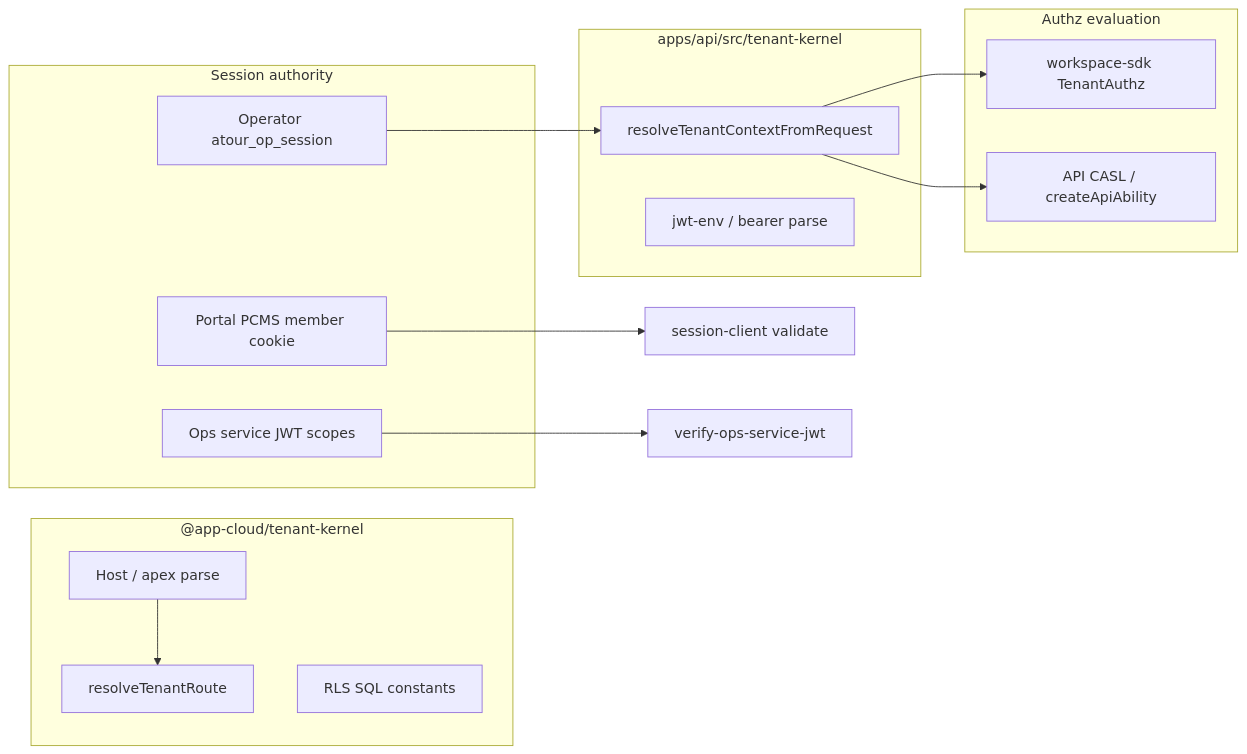
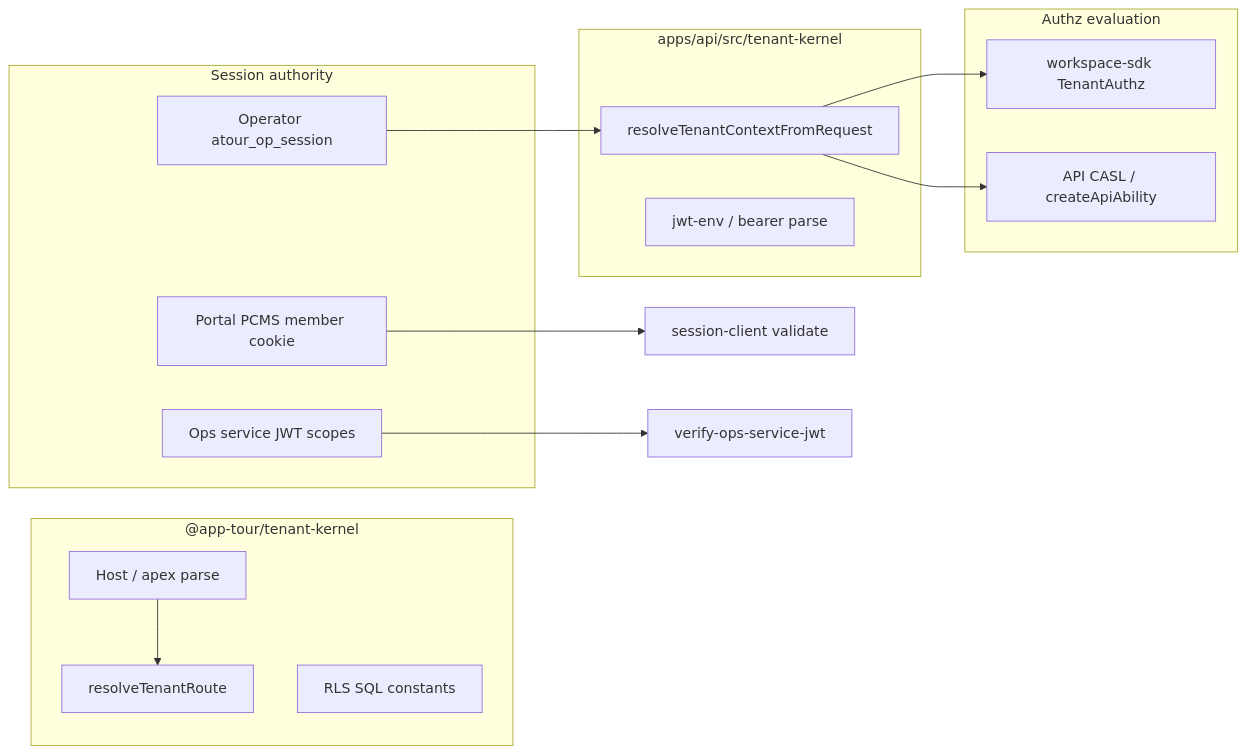
The diagram in docs/phase-saas-kernel/appendices/SK1_TENANT_AUTHZ_CONTRACTS.md (hrokhbakhsh1991/docs), drawn with Mermaid before and after one commit. The commit also changed other lines of this file and 668 other files, not shown here.

````diff
--- a/docs/phase-saas-kernel/appendices/SK1_TENANT_AUTHZ_CONTRACTS.md
+++ b/docs/phase-saas-kernel/appendices/SK1_TENANT_AUTHZ_CONTRACTS.md
@@ -37,27 +37,27 @@
 ```mermaid
 flowchart LR
-  subgraph pkg ["@app-cloud/tenant-kernel"]
+  subgraph pkg ["@app-tour/tenant-kernel"]
     Host[Host / apex parse]
     RLS[RLS SQL constants]
     Route[resolveTenantRoute]
   end
   subgraph apiHost ["apps/api/src/tenant-kernel"]
     Ingress[resolveTenantContextFromRequest]
     JwtEnv[jwt-env / bearer parse]
   end
   subgraph sessions [Session authority]
     PCMS[Portal PCMS member cookie]
     Op[Operator atour_op_session]
     Ops[Ops service JWT scopes]
   end
   subgraph authz [Authz evaluation]
     TAuthz[workspace-sdk TenantAuthz]
     CASL[API CASL / createApiAbility]
   end
   Host --> Route
   Ingress --> TAuthz
   Ingress --> CASL
   PCMS --> SessClient[session-client validate]
   Op --> Ingress
   Ops --> VerifyOps[verify-ops-service-jwt]
 ```
````
